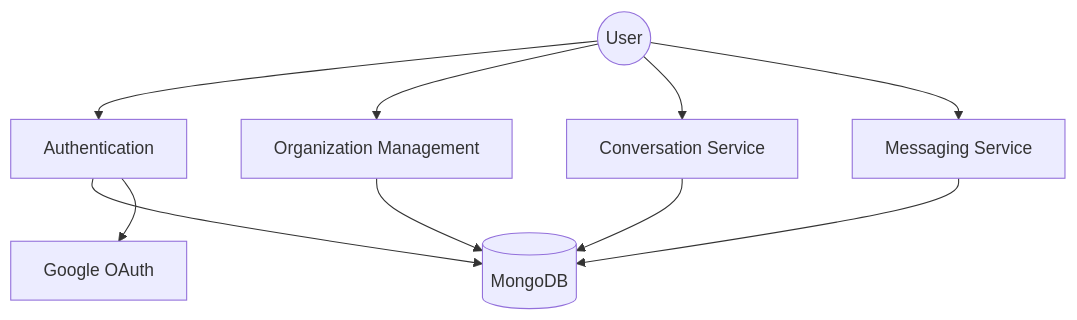
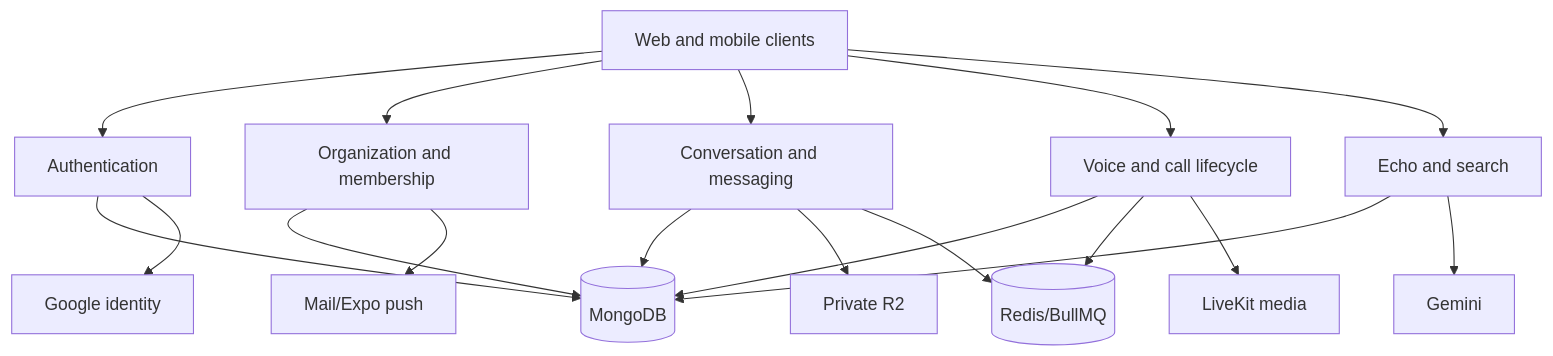
Before and after one commit to RamyMohamed47/intouch-docs: the diagram in Diagrams/DFD Level 1.md, drawn with Mermaid. The commit also changed 80 other files, not shown here.

Commit message:
align documentation vault with current InTouch architecture

````diff
--- a/Diagrams/DFD Level 1.md
+++ b/Diagrams/DFD Level 1.md
@@ -1,34 +3,20 @@
-```mermaid
+~~~mermaid
 flowchart TD
-
-    User((User))
-
-    Auth[Authentication]
-
-    Org[Organization Management]
-
-    Conversation[Conversation Service]
-
-    Message[Messaging Service]
-
-    Mongo[(MongoDB)]
-
-    Google[Google OAuth]
-
-    User --> Auth
-
-    User --> Org
-
-    User --> Conversation
-
-    User --> Message
-
-    Auth --> Mongo
-    Auth --> Google
-
-    Org --> Mongo
-
-    Conversation --> Mongo
-
-    Message --> Mongo
-```
+  Clients[Web and mobile clients] --> Auth[Authentication]
+  Clients --> Org[Organization and membership]
+  Clients --> Chat[Conversation and messaging]
+  Clients --> Voice[Voice and call lifecycle]
+  Clients --> AI[Echo and search]
+  Auth --> Mongo[(MongoDB)]
+  Org --> Mongo
+  Chat --> Mongo
+  Voice --> Mongo
+  AI --> Mongo
+  Auth --> Google[Google identity]
+  Chat --> R2[Private R2]
+  Chat --> Redis[(Redis/BullMQ)]
+  Voice --> Redis
+  Voice --> LiveKit[LiveKit media]
+  AI --> Gemini[Gemini]
+  Org --> Delivery[Mail/Expo push]
+~~~
````
